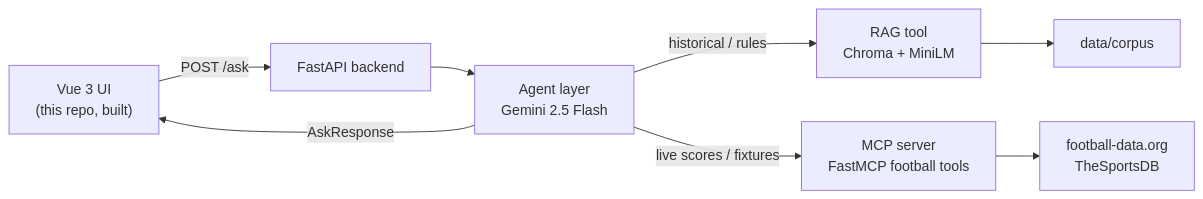
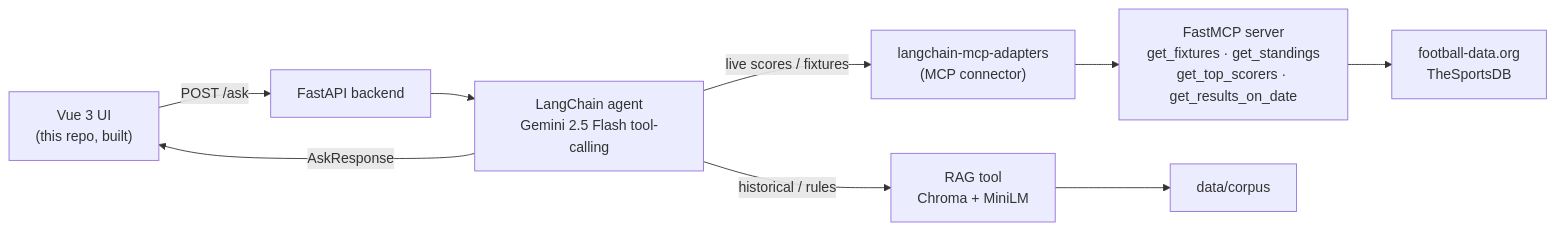
One commit to eazuman/worldcup-agent changed the diagram in README.md. Above: the diagram before and after it, drawn with Mermaid. The commit also changed other lines of this file, not shown here.

Commit message:
docs: clarify agent stack in README (LangChain agent, langchain-mcp-adapters connector, FastMCP tools, FastAPI)

````diff
--- a/README.md
+++ b/README.md
@@ -63,10 +66,11 @@
 ```mermaid
 flowchart LR
     UI["Vue 3 UI<br/>(this repo, built)"] -- "POST /ask" --> API["FastAPI backend"]
-    API --> AGENT["Agent layer<br/>Gemini 2.5 Flash"]
+    API --> AGENT["LangChain agent<br/>Gemini 2.5 Flash tool-calling"]
     AGENT -- "historical / rules" --> RAG["RAG tool<br/>Chroma + MiniLM"]
-    AGENT -- "live scores / fixtures" --> MCP["MCP server<br/>FastMCP football tools"]
+    AGENT -- "live scores / fixtures" --> ADAPTER["langchain-mcp-adapters<br/>(MCP connector)"]
+    ADAPTER --> MCP["FastMCP server<br/>get_fixtures · get_standings<br/>get_top_scorers · get_results_on_date"]
     RAG --> CORPUS["data/corpus"]
     MCP --> EXT["football-data.org<br/>TheSportsDB"]
     AGENT -- "AskResponse" --> UI
 ```
````
